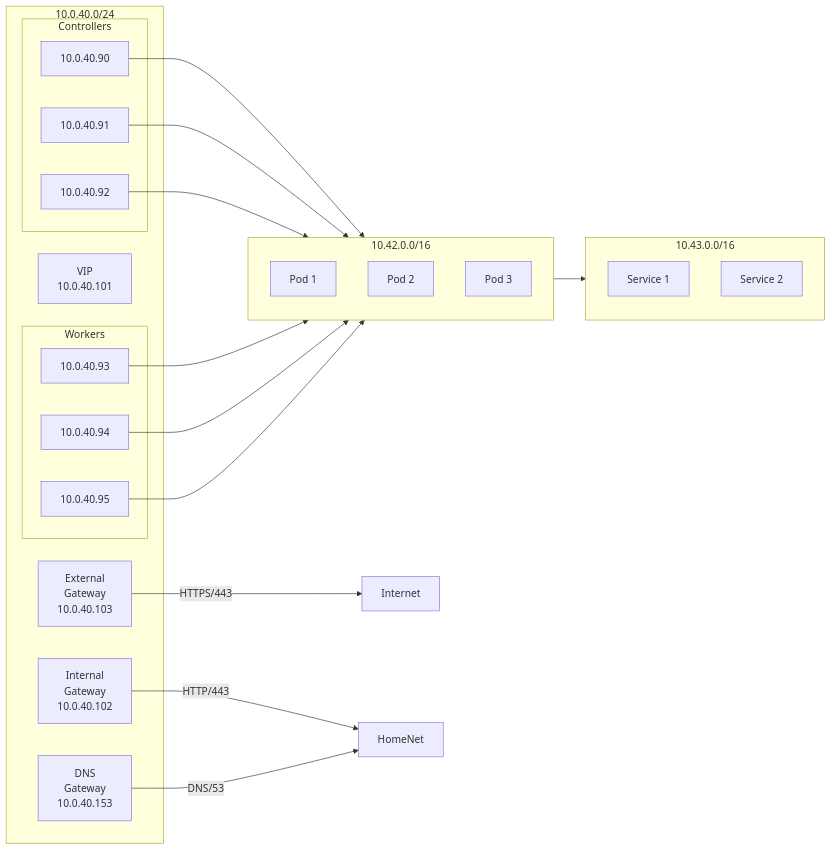
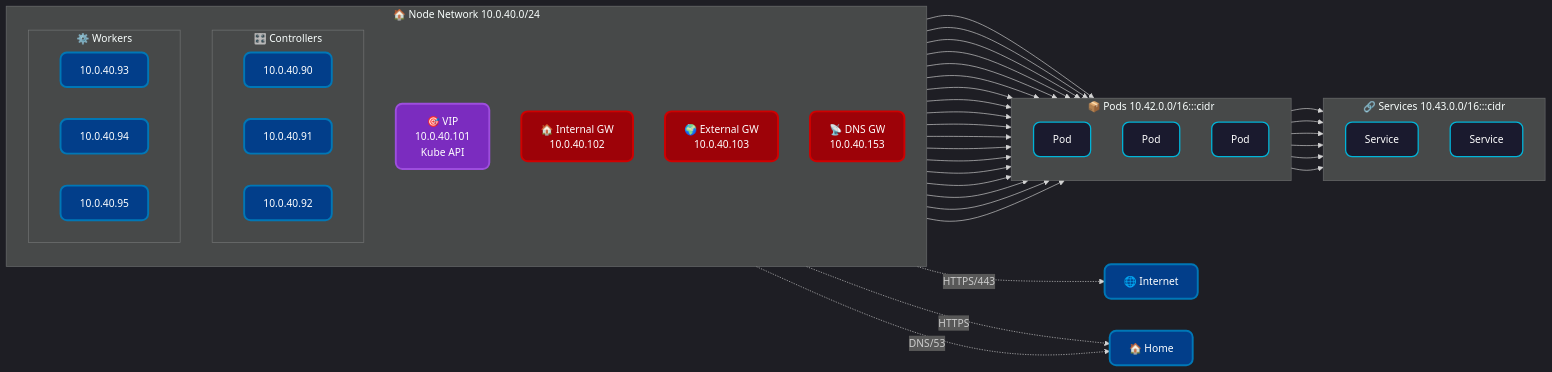
Before and after one commit to fabricesemti80/home-argo-cluster-2025: the third of 13 diagrams in docs/architecture.md, drawn with Mermaid. The commit also changed other lines of this file, not shown here.

First line of the commit message:
docs(architecture): add dark theme styling to Mermaid diagrams

````diff
--- a/docs/architecture.md
+++ b/docs/architecture.md
@@ -100,40 +126,53 @@
 ```mermaid
+%%{init: {'theme': 'dark', 'themeVariables': { 'primaryColor': '#1a1a2e'}}}%%
 flowchart LR
-    subgraph NodeNetwork["10.0.40.0/24"]
-        VIP[VIP<br/>10.0.40.101]
-        IG[Internal<br/>Gateway<br/>10.0.40.102]
-        EG[External<br/>Gateway<br/>10.0.40.103]
-        DNS[DNS<br/>Gateway<br/>10.0.40.153]
+    %% Styles
+    classDef node fill:#023e8a,stroke:#0077b6,stroke-width:3px,color:#fff,rx:10,ry:10
+    classDef vip fill:#7b2cbf,stroke:#9d4edd,stroke-width:3px,color:#fff,rx:10,ry:10
+    classDef gateway fill:#9d0208,stroke:#d00000,stroke-width:3px,color:#fff,rx:10,ry:10
+    classDef network fill:#1a1a2e,stroke:#00b4d8,stroke-width:2px,color:#fff
+    classDef cidr fill:#2d6a4f,stroke:#40916c,stroke-width:2px,color:#fff,rx:5
+    
+    subgraph NodeNetwork["🏠 Node Network 10.0.40.0/24"]
+        direction TB
+        VIP["🎯 VIP<br/>10.0.40.101<br/>Kube API"]:::vip
+        IG["🏠 Internal GW<br/>10.0.40.102"]:::gateway
+        EG["🌍 External GW<br/>10.0.40.103"]:::gateway
+        DNS["📡 DNS GW<br/>10.0.40.153"]:::gateway
         
-        subgraph Ctrl["Controllers"]
-            C1[10.0.40.90]
-            C2[10.0.40.91]
-            C3[10.0.40.92]
+        subgraph Ctrl["🎛️ Controllers"]
+            direction LR
+            C1["10.0.40.90"]:::node
+            C2["10.0.40.91"]:::node
+            C3["10.0.40.92"]:::node
         end
         
-        subgraph Wrkr["Workers"]
-            W1[10.0.40.93]
-            W2[10.0.40.94]
-            W3[10.0.40.95]
+        subgraph Wrkr["⚙️ Workers"]
+            direction LR
+            W1["10.0.40.93"]:::node
+            W2["10.0.40.94"]:::node
+            W3["10.0.40.95"]:::node
         end
     end
     
-    subgraph Pods["10.42.0.0/16"]
-        P1[Pod 1]
-        P2[Pod 2]
-        P3[Pod 3]
+    subgraph Pods["📦 Pods 10.42.0.0/16":::cidr]
+        direction TB
+        P1["Pod"]:::network
+        P2["Pod"]:::network
+        P3["Pod"]:::network
     end
     
-    subgraph Services["10.43.0.0/16"]
-        S1[Service 1]
-        S2[Service 2]
+    subgraph Services["🔗 Services 10.43.0.0/16":::cidr]
+        direction TB
+        S1["Service"]:::network
+        S2["Service"]:::network
     end
     
-    EG -->|HTTPS/443| Internet
-    IG -->|HTTP/443| HomeNet
-    DNS -->|DNS/53| HomeNet
+    EG -.->|"HTTPS/443"| Internet["🌐 Internet"]
+    IG -.->|"HTTPS"| Home["🏠 Home"]
+    DNS -.->|"DNS/53"| Home
     
-    C1 & C2 & C3 --> Pods
-    W1 & W2 & W3 --> Pods
-    Pods --> Services
+    C1 & C2 & C3 --> P1 & P2 & P3
+    W1 & W2 & W3 --> P1 & P2 & P3
+    P1 & P2 & P3 --> S1 & S2
 ```
````
